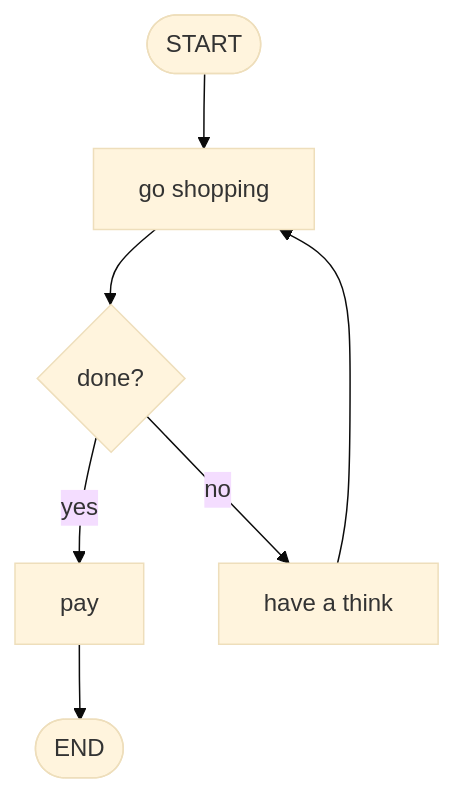
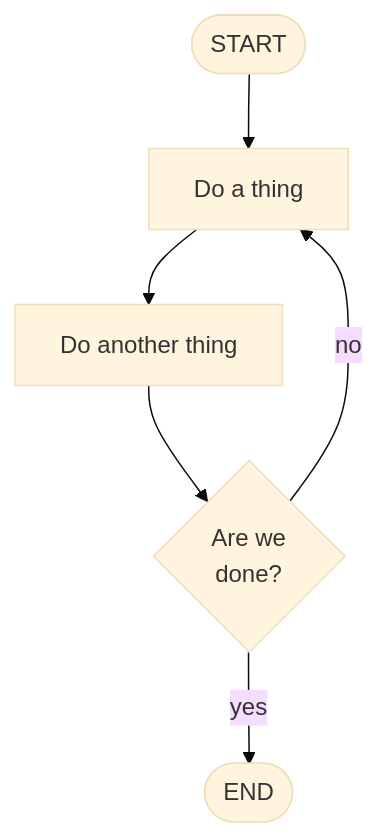
One commit to stevecopley/quiz changed the seventh of 13 diagrams in quizzes/algos/basics.md. Above: the diagram before and after it, drawn with Mermaid (base theme). The commit also changed other lines of this file and 5 other files, not shown here.

````diff
--- a/quizzes/algos/basics.md
+++ b/quizzes/algos/basics.md
@@ -69,9 +201,8 @@
 ```mermaid
 graph TD
-    A([START]) --> B[go shopping]
-    B --> C{done?}
-    C -- yes --> D[pay]
-    C -- no --> E[have a think]
-    E --> B
-    D --> F([END])
+    A([START]) --> B[Do a thing]
+    B --> C[Do another thing]
+    C --> Q{Are we<br>done?}
+    Q -- no --> B
+    Q -- yes --> Z([END])
 ```
````
